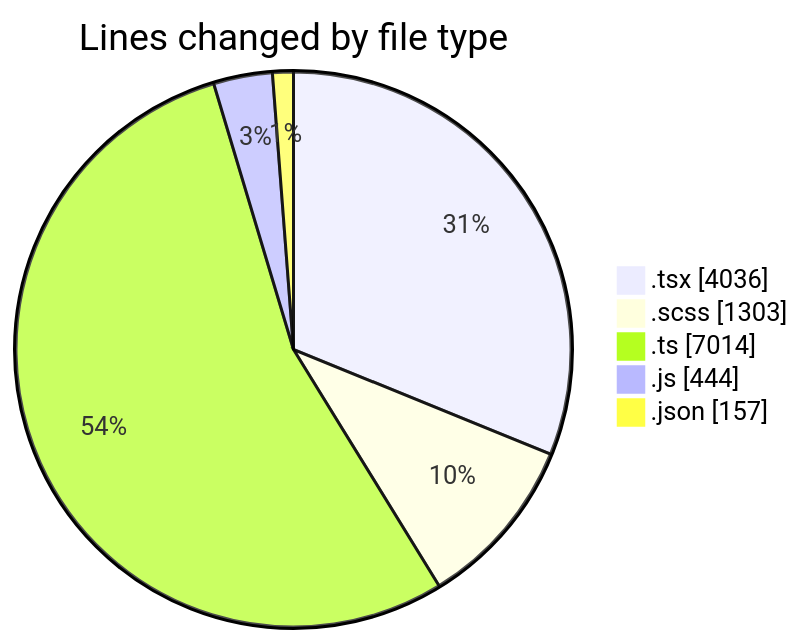
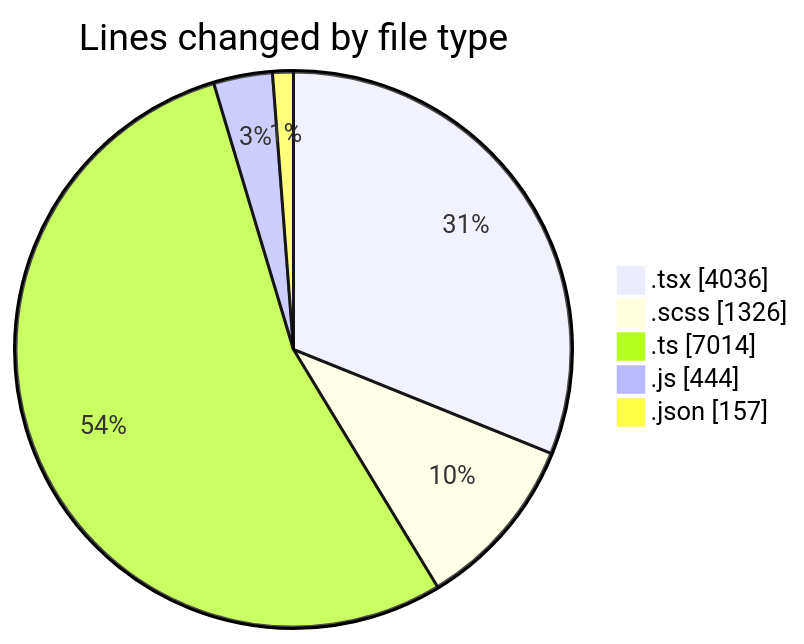
The first of 2 diagrams in 2026-04-23/cda/README.md (momahboobian/code-tracking), drawn with Mermaid before and after one commit. The commit also changed other lines of this file and 1 other file, not shown here.

````diff
--- a/2026-04-23/cda/README.md
+++ b/2026-04-23/cda/README.md
@@ -44,9 +44,9 @@
 ```mermaid
 pie showData
 title Lines changed by file type
 ".tsx" : 4036
-".scss" : 1303
+".scss" : 1326
 ".ts" : 7014
 ".js" : 444
 ".json" : 157
 ```
````
